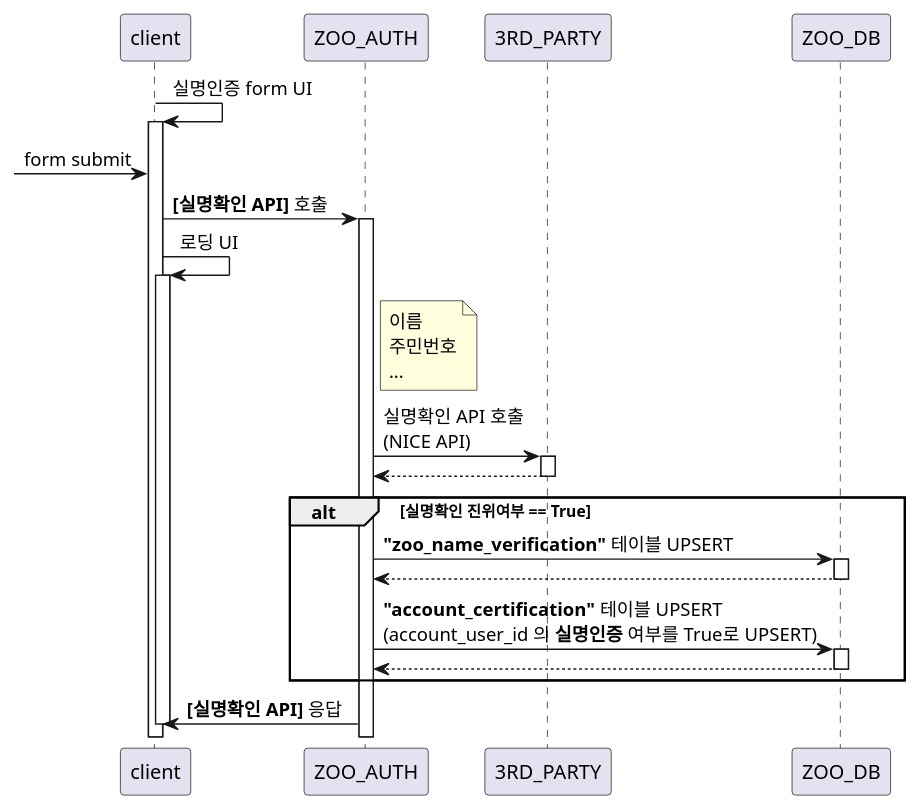
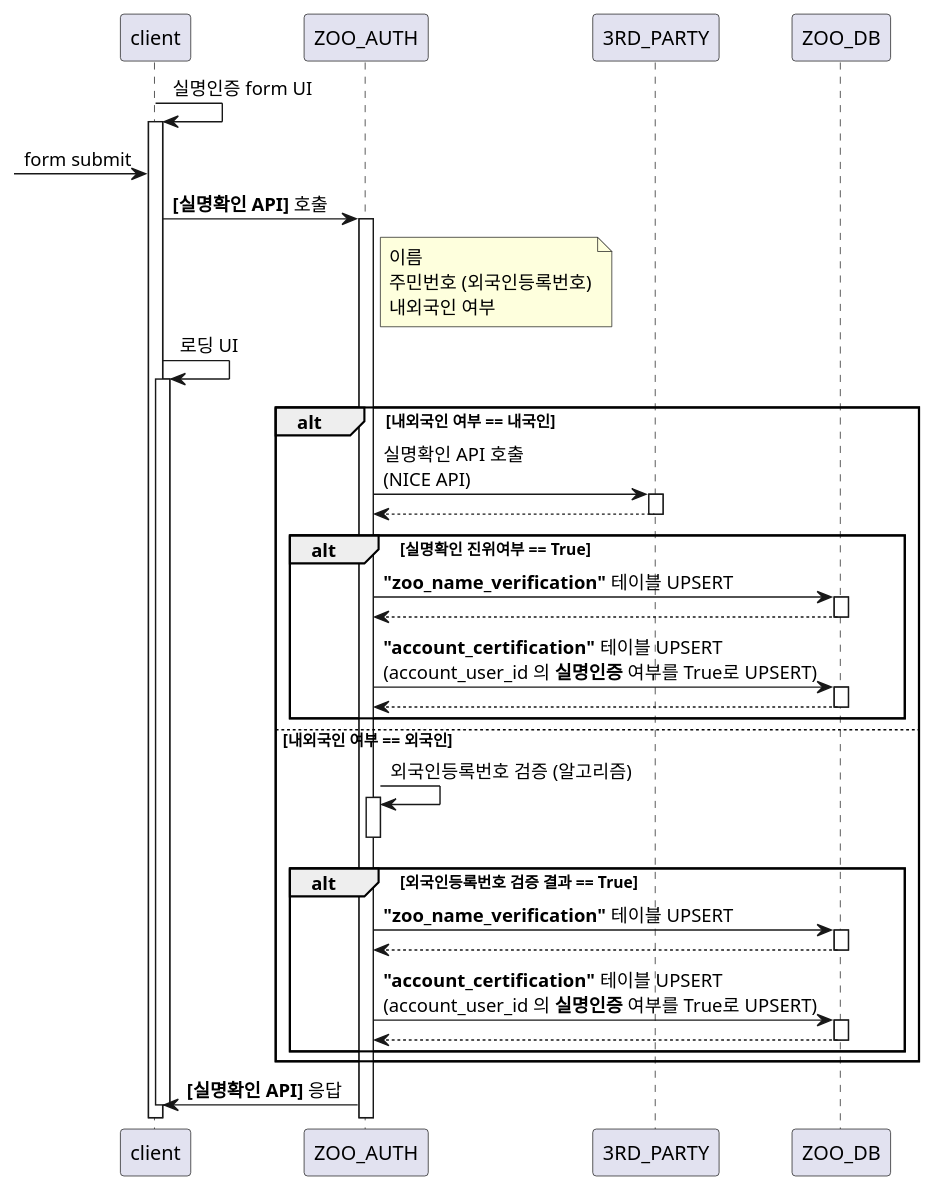
One commit to junhoo-barogo/junhoo-barogo.github.io changed the diagram in uml/rider_certify/name_verification.puml. Above: the diagram before and after it, drawn with PlantUML. The commit also changed 13 other files, not shown here.

```diff
--- a/uml/rider_certify/name_verification.puml
+++ b/uml/rider_certify/name_verification.puml
@@ -1,23 +1,34 @@
 
 client -> client++ : 실명인증 form UI
 [-> client : form submit
 client -> ZOO_AUTH++ : **[실명확인 API]** 호출
-client -> client++ : 로딩 UI
 note right of ZOO_AUTH
     이름
-    주민번호
-    ...
+    주민번호 (외국인등록번호)
+    내외국인 여부
 end note
-ZOO_AUTH -> 3RD_PARTY++ : 실명확인 API 호출\n(NICE API)
-return
+client -> client++ : 로딩 UI
 
-alt 실명확인 진위여부 == True
-    ZOO_AUTH -> ZOO_DB++ : **"zoo_name_verification"** 테이블 UPSERT
+alt 내외국인 여부 == 내국인
+    ZOO_AUTH -> 3RD_PARTY++ : 실명확인 API 호출\n(NICE API)
     return
+    alt 실명확인 진위여부 == True
+        ZOO_AUTH -> ZOO_DB++ : **"zoo_name_verification"** 테이블 UPSERT
+        return
+        ZOO_AUTH -> ZOO_DB++ : **"account_certification"** 테이블 UPSERT\n(account_user_id 의 **실명인증** 여부를 True로 UPSERT)
+        return
+    end
+else 내외국인 여부 == 외국인
+    ZOO_AUTH -> ZOO_AUTH++ : 외국인등록번호 검증 (알고리즘)
+    deactivate ZOO_AUTH
 
-    ZOO_AUTH -> ZOO_DB++ : **"account_certification"** 테이블 UPSERT\n(account_user_id 의 **실명인증** 여부를 True로 UPSERT)
-    return
+    alt 외국인등록번호 검증 결과 == True
+        ZOO_AUTH -> ZOO_DB++ : **"zoo_name_verification"** 테이블 UPSERT
+        return
+        ZOO_AUTH -> ZOO_DB++ : **"account_certification"** 테이블 UPSERT\n(account_user_id 의 **실명인증** 여부를 True로 UPSERT)
+        return
+end
 end
 
 ZOO_AUTH -> client : **[실명확인 API]** 응답
 deactivate
```
